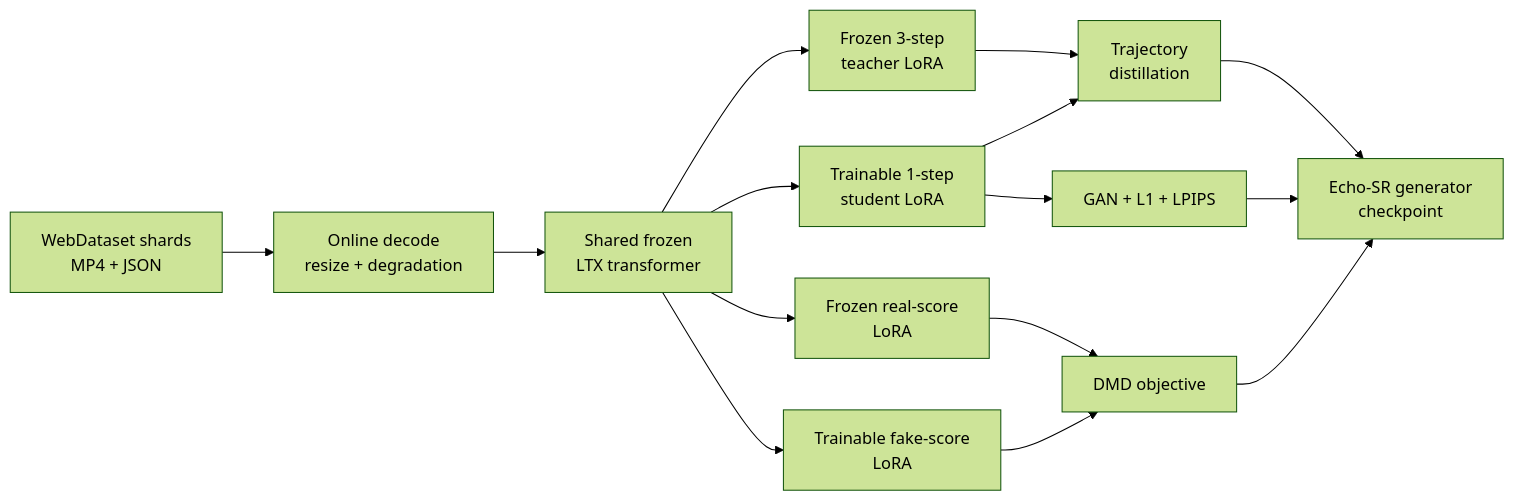
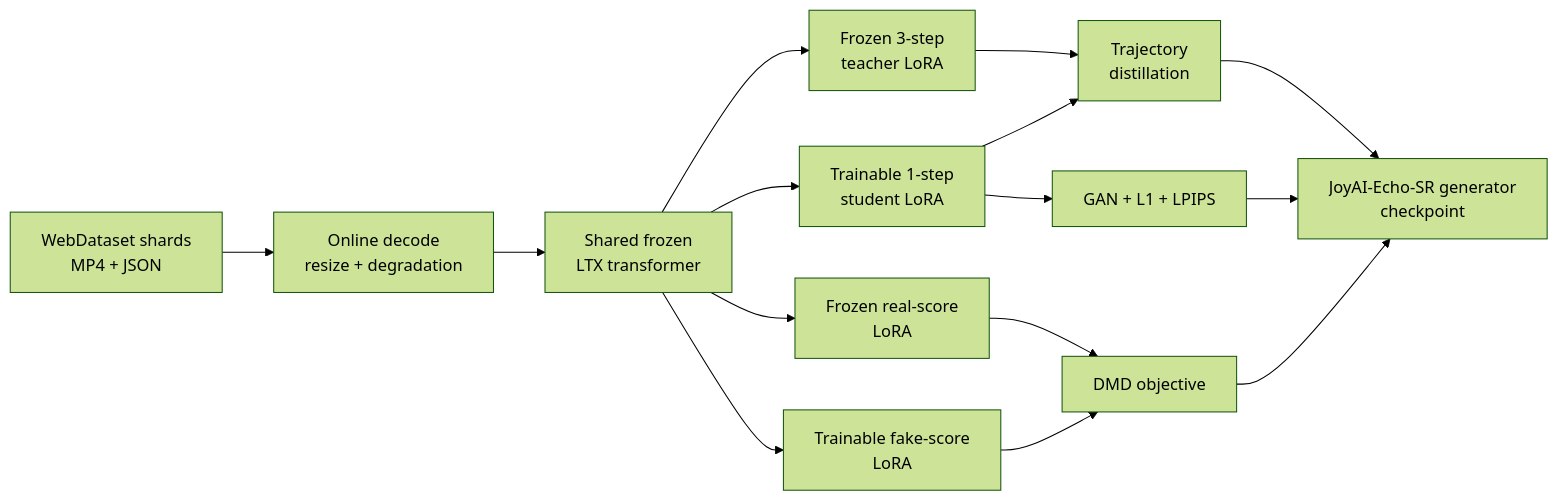
The diagram in README.md (xin1u/JoyAI-Echo-SR), drawn with Mermaid (forest theme) before and after one commit. The commit also changed other lines of this file and 6 other files, not shown here.

````diff
--- a/README.md
+++ b/README.md
@@ -94,17 +94,17 @@
 ```mermaid
 flowchart LR
     A["WebDataset shards<br/>MP4 + JSON"] --> B["Online decode<br/>resize + degradation"]
     B --> C["Shared frozen<br/>LTX transformer"]
     C --> T["Frozen 3-step<br/>teacher LoRA"]
     C --> S["Trainable 1-step<br/>student LoRA"]
     C --> R["Frozen real-score<br/>LoRA"]
     C --> F["Trainable fake-score<br/>LoRA"]
     T --> TD["Trajectory<br/>distillation"]
     S --> TD
     R --> DM["DMD objective"]
     F --> DM
     S --> PX["GAN + L1 + LPIPS"]
-    TD --> O["Echo-SR generator<br/>checkpoint"]
+    TD --> O["JoyAI-Echo-SR generator<br/>checkpoint"]
     DM --> O
     PX --> O
 ```
````
